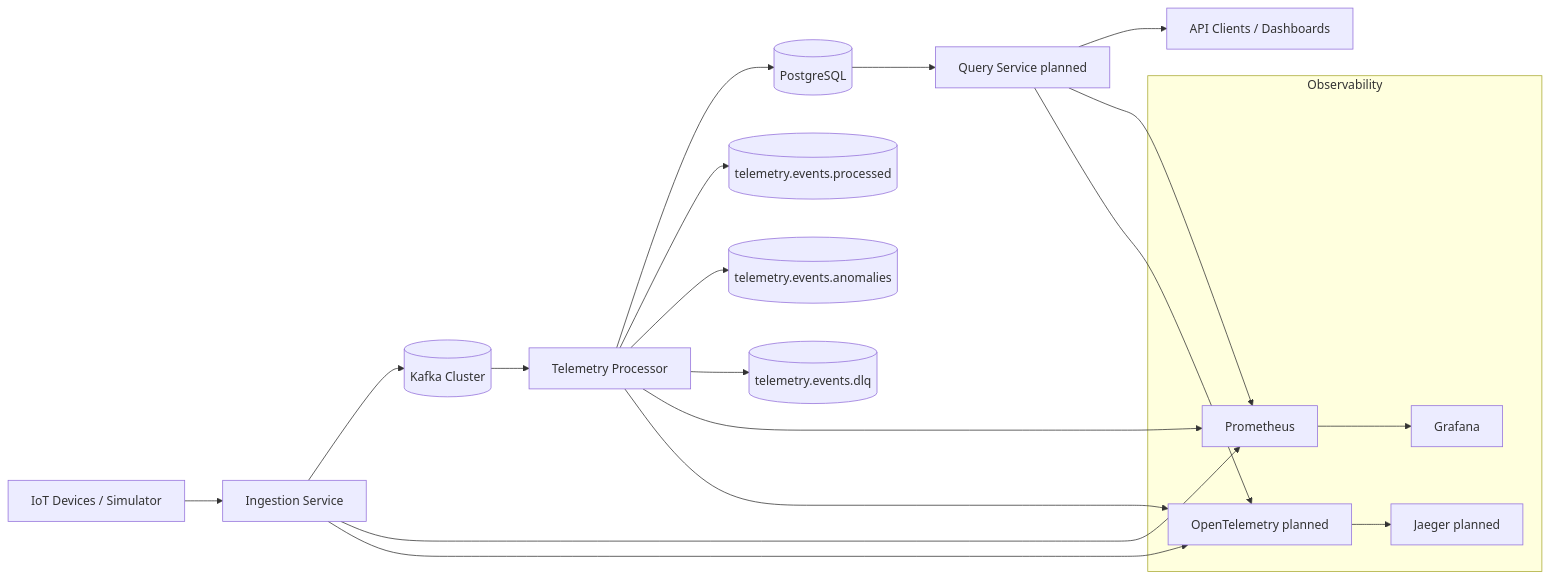
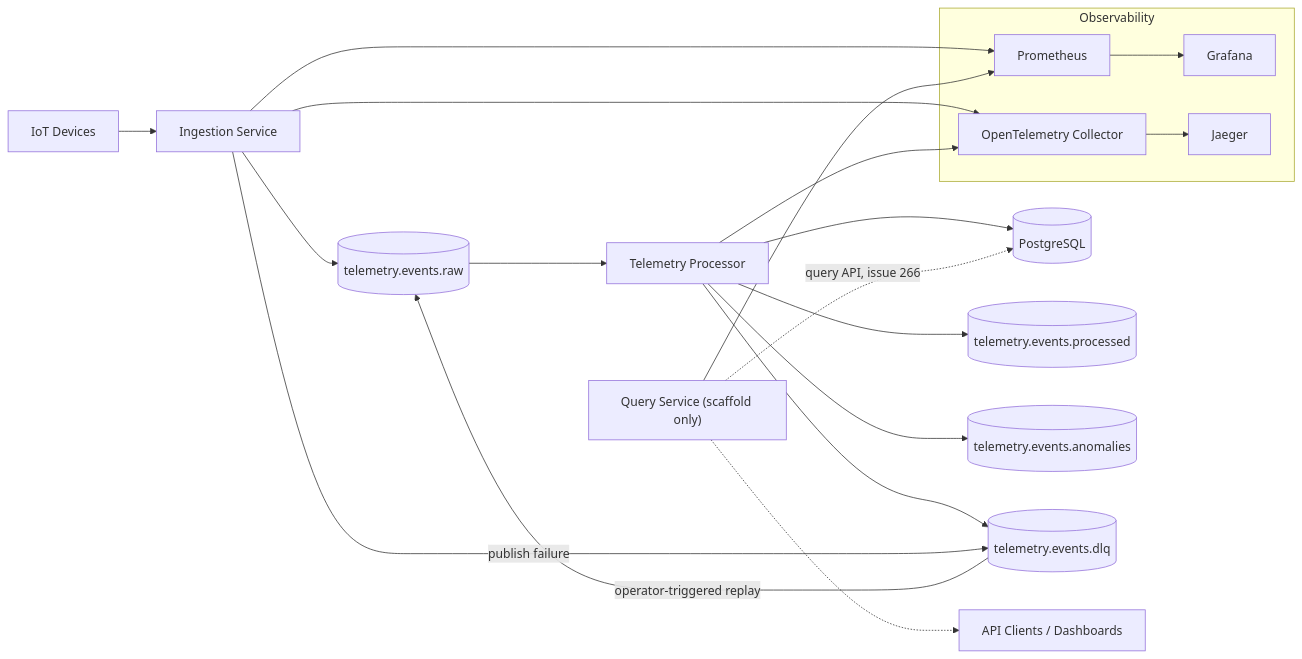
One commit to ME-Massine/pulsestream changed the second of 4 diagrams in docs/architecture/c4-model.md. Above: the diagram before and after it, drawn with Mermaid. The commit also changed other lines of this file and 14 other files, not shown here.

First line of the commit message:
docs: synchronize project state, roadmap, and diagrams (#261)

````diff
--- a/docs/architecture/c4-model.md
+++ b/docs/architecture/c4-model.md
@@ -60,32 +63,30 @@
 ```mermaid
 flowchart LR
-    A[IoT Devices / Simulator] --> B[Ingestion Service]
-    B --> C[(Kafka Cluster)]
+    A[IoT Devices] --> B[Ingestion Service]
+    B --> C[(telemetry.events.raw)]
 
     C --> D[Telemetry Processor]
     D --> E[(PostgreSQL)]
-    E --> F[Query Service planned]
-    F --> G[API Clients / Dashboards]
-
     D --> H[(telemetry.events.processed)]
     D --> I[(telemetry.events.anomalies)]
     D --> J[(telemetry.events.dlq)]
+    B -- publish failure --> J
+    J -- operator-triggered replay --> C
+
+    F["Query Service (scaffold only)"] -. query API, issue 266 .-> E
+    F -.-> G[API Clients / Dashboards]
 
     subgraph Observability
         K[Prometheus]
         L[Grafana]
-        M[OpenTelemetry planned]
-        N[Jaeger planned]
+        M[OpenTelemetry Collector]
+        N[Jaeger]
     end
 
     B --> K
-    D --> K
     F --> K
-
     B --> M
     D --> M
-    F --> M
-
     M --> N
     K --> L
 ```
````
